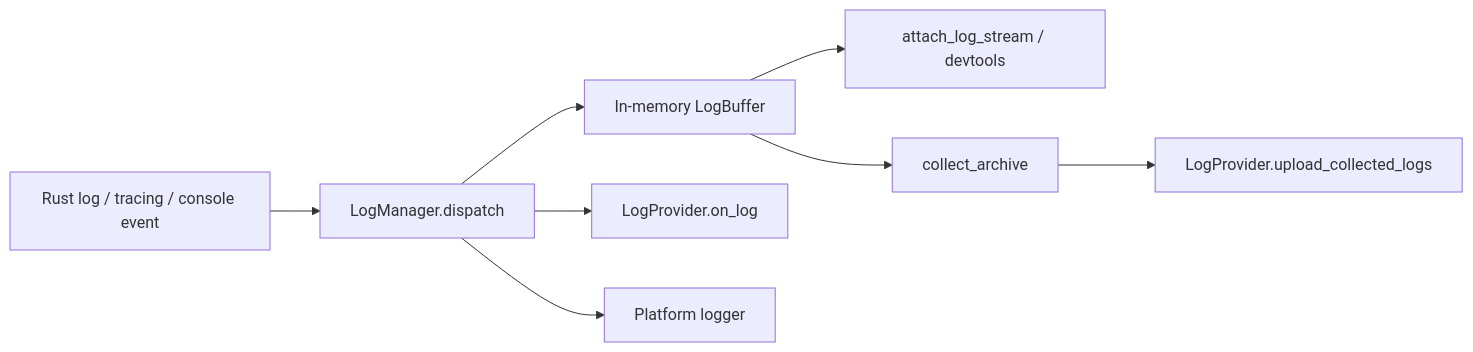
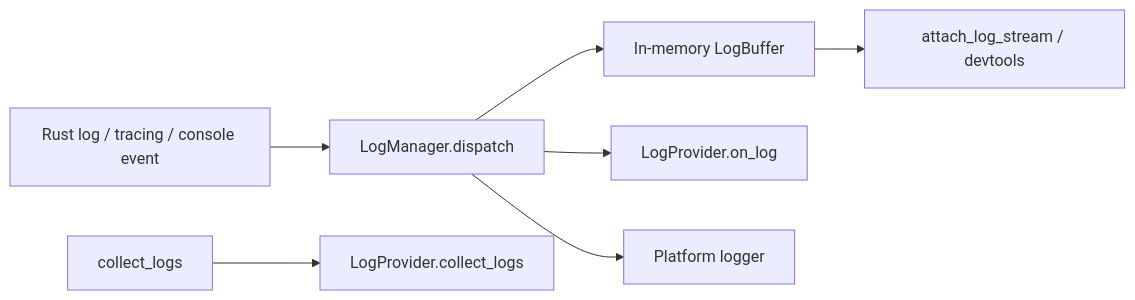
Before and after one commit to LingXia-Dev/LingXia: the diagram in docs/internal/logging.md, drawn with Mermaid. The commit also changed other lines of this file and 5 other files, not shown here.

First line of the commit message:
refactor(logs)!: make collection provider-owned

````diff
--- a/docs/internal/logging.md
+++ b/docs/internal/logging.md
@@ -27,10 +27,9 @@
 ```mermaid
 flowchart LR
   A["Rust log / tracing / console event"] --> B["LogManager.dispatch"]
   B --> C["In-memory LogBuffer"]
   B --> D["LogProvider.on_log"]
   B --> E["Platform logger"]
   C --> F["attach_log_stream / devtools"]
-  C --> G["collect_archive"]
-  G --> H["LogProvider.upload_collected_logs"]
+  G["collect_logs"] --> H["LogProvider.collect_logs"]
 ```
````
